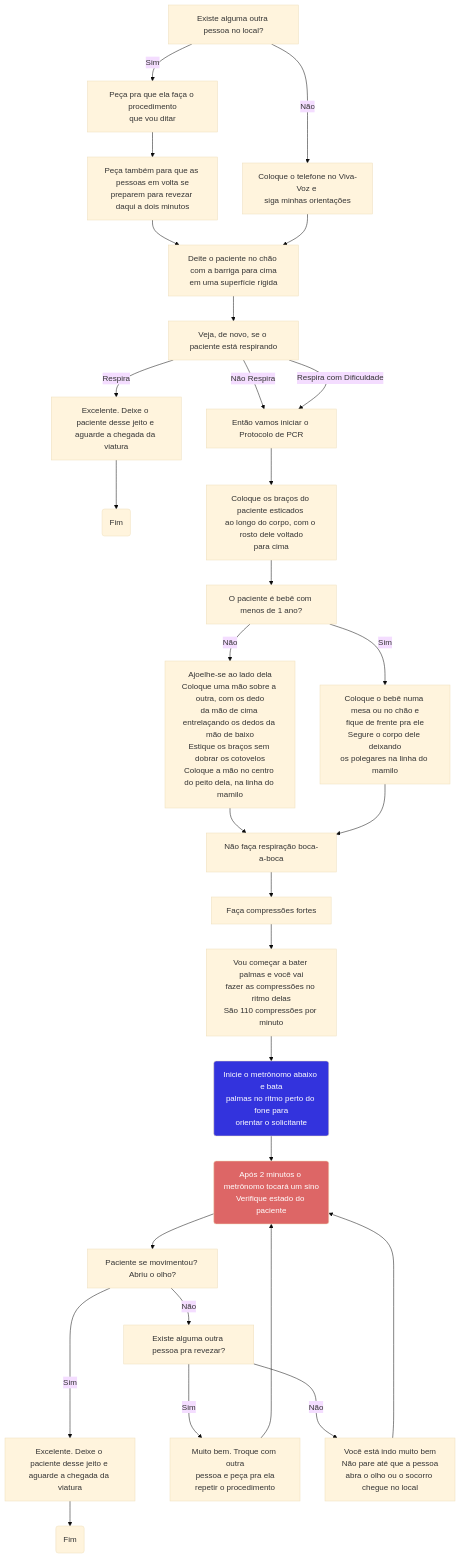
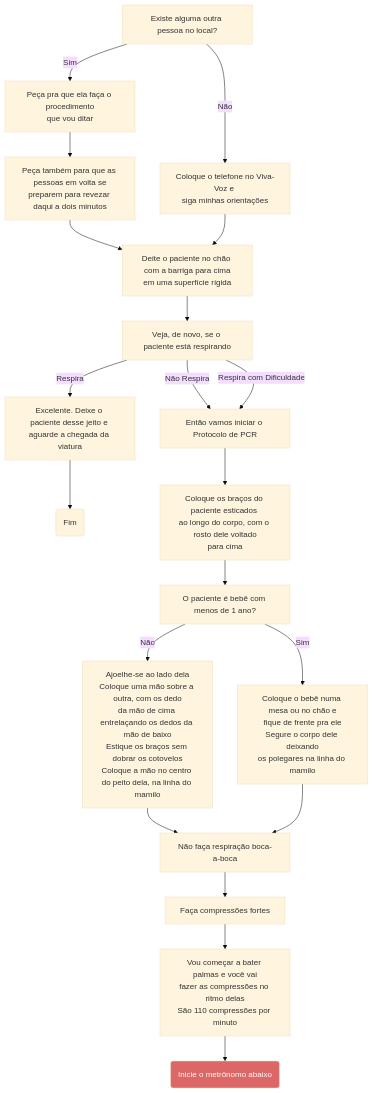
Before and after one commit to winstein27/protocolo-193: the first of 2 diagrams in docs/operacoes/pcr.mdx, drawn with Mermaid (base theme). The commit also changed other lines of this file and 8 other files, not shown here.

````diff
--- a/docs/operacoes/pcr.mdx
+++ b/docs/operacoes/pcr.mdx
@@ -9,36 +9,28 @@
 ```mermaid
 graph TD;
     existe_outra_pessoa[Existe alguma outra pessoa no local?]-->|Sim|pedir_fazer_procedimento[Peça pra que ela faça o procedimento\nque vou ditar]
     pedir_fazer_procedimento --> pedir_revezamento[Peça também para que as pessoas em volta se\npreparem para revezar daqui a dois minutos]
     existe_outra_pessoa -->|Não| colocar_viva_voz[Coloque o telefone no Viva-Voz e \nsiga minhas orientações]
     pedir_revezamento --> deitar_paciente[Deite o paciente no chão com a barriga para cima\nem uma superfície rígida]
     colocar_viva_voz --> deitar_paciente
     deitar_paciente --> verificar_respiracao[Veja, de novo, se o paciente está respirando]
     verificar_respiracao -->|Respira|aguardar_viatura[Excelente. Deixe o paciente desse jeito e \naguarde a chegada da viatura]
     verificar_respiracao -->|Não Respira|iniciar_protocolo_pcr[Então vamos iniciar o Protocolo de PCR]
     verificar_respiracao -->|Respira com Dificuldade|iniciar_protocolo_pcr
     aguardar_viatura --> fim_atendimento(Fim)
     iniciar_protocolo_pcr --> posicionar_bracos[Coloque os braços do paciente esticados \nao longo do corpo, com o rosto dele voltado\npara cima]
     posicionar_bracos --> verificar_idade[O paciente é bebê com menos de 1 ano?]
     verificar_idade --> |Não|posicionar_adulto[Ajoelhe-se ao lado dela\nColoque uma mão sobre a outra, com os dedo\nda mão de cima entrelaçando os dedos da mão de baixo\nEstique os braços sem dobrar os cotovelos\nColoque a mão no centro do peito dela, na linha do mamilo]
     verificar_idade --> |Sim|posicionar_bebe[Coloque o bebê numa mesa ou no chão e\nfique de frente pra ele\nSegure o corpo dele deixando\nos polegares na linha do mamilo]
     posicionar_adulto --> orientacao_boca_boca[Não faça respiração boca-a-boca]
     posicionar_bebe --> orientacao_boca_boca
     orientacao_boca_boca --> orientacao_compressoes[Faça compressões fortes]
     orientacao_compressoes --> orientar_compressoes[Vou começar a bater palmas e você vai\nfazer as compressões no ritmo delas\nSão 110 compressões por minuto]
-    orientar_compressoes --> abrir_metronomo(Inicie o metrônomo abaixo e bata\npalmas no ritmo perto do fone para\norientar o solicitante):::link
-    abrir_metronomo --> marcar_tempo(Após 2 minutos o metrônomo tocará um sino\nVerifique estado do paciente):::atendente
-    marcar_tempo --> verificar_paciente[Paciente se movimentou? Abriu o olho?]
-    verificar_paciente ----> |Sim|aguardar_viatura_2[Excelente. Deixe o paciente desse jeito e \naguarde a chegada da viatura] --> fim_atendimento2(Fim)
-    verificar_paciente --> |Não|verificar_novamente_revezamento[Existe alguma outra pessoa pra revezar?]
-    verificar_novamente_revezamento ---> |Sim|pedir_para_revezar[Muito bem. Troque com outra\npessoa e peça pra ela\nrepetir o procedimento]
-    verificar_novamente_revezamento ---> |Não|estimular_solicitante[Você está indo muito bem\nNão pare até que a pessoa\nabra o olho ou o socorro chegue no local]
-    pedir_para_revezar --> marcar_tempo
-    estimular_solicitante --> marcar_tempo
+    orientar_compressoes --> abrir_metronomo(Inicie o metrônomo abaixo):::atendente
 
     classDef atendente fill:#d66, color:#fff
     classDef link fill:#33d, color:#fff
-    click abrir_metronomo "#metrônomo" "Metrônomo"
+    click abrir_metronomo "#iniciar-metrônomo" "Metrônomo"
     click aguardar_viatura_2 "../." "Retornar" _blank
 
 ```
````
